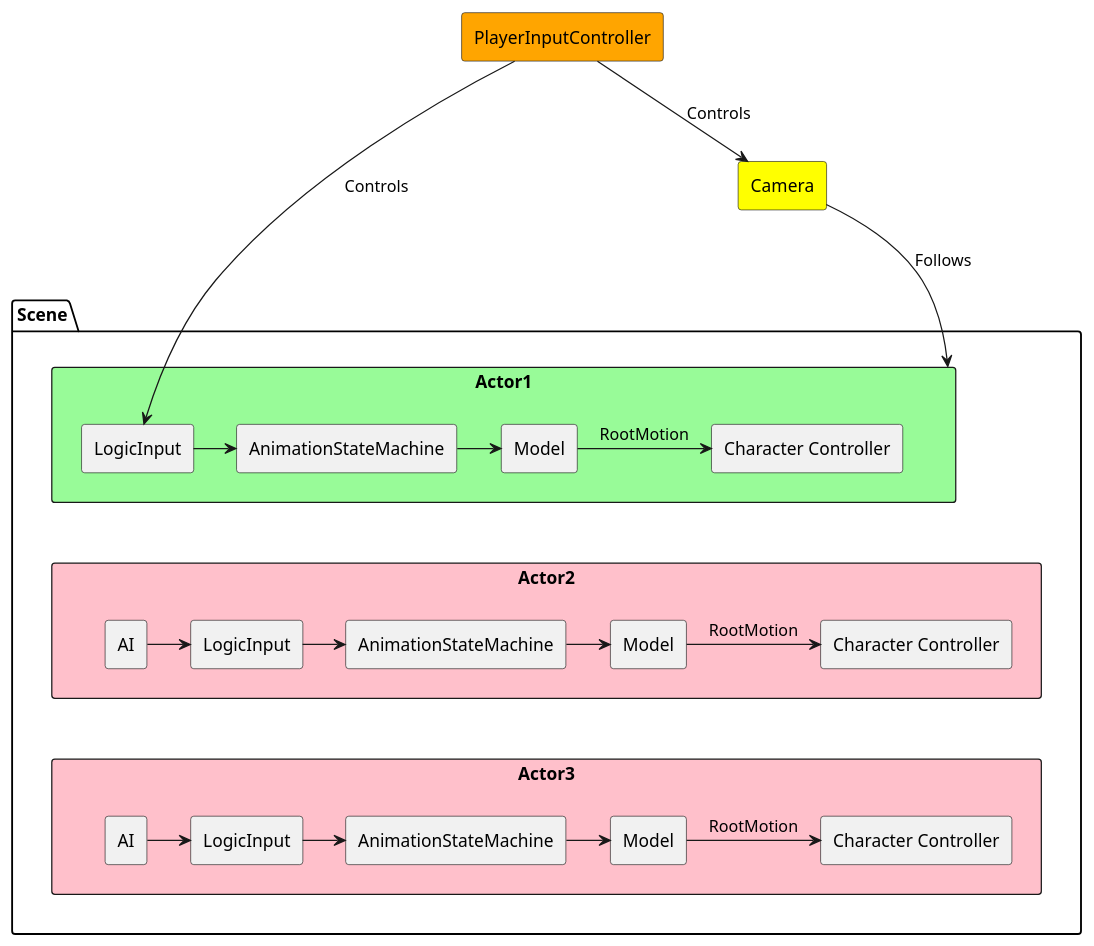
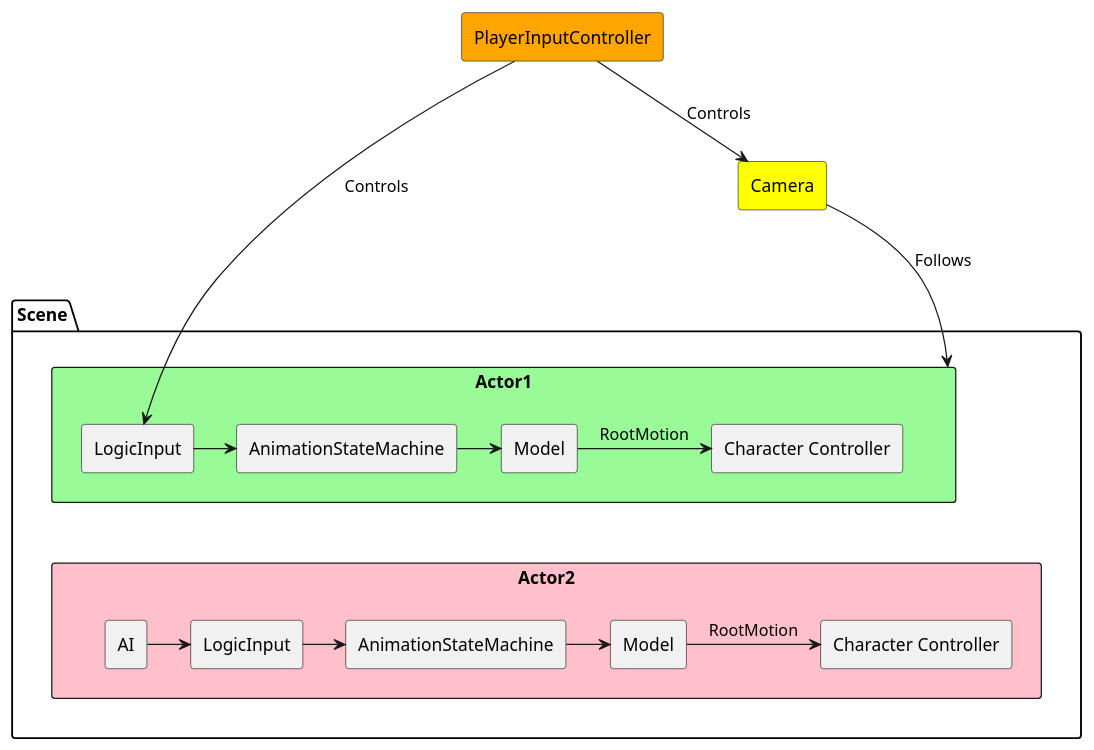
One commit to Chenxi-Zhang/Unity-ACT-framework changed the diagram in Doc/Arch.puml. Above: the diagram before and after it, drawn with PlantUML. The commit also changed 57 other files, not shown here.

```diff
--- a/Doc/Arch.puml
+++ b/Doc/Arch.puml
@@ -1,96 +1,83 @@
 @startuml Architecture Overview
 
 ' Define actor component template as a stereotype
 skinparam componentStyle rectangle
 
 rectangle "Actor Template" as ActorTemplate <<stereotype>> {
     component "LogicInput" as TemplateInput
     component "Model" as TemplateModel
     component "AnimationStateMachine" as TemplateASM
     component "Character Controller" as TemplatePhysics
     component "AI" as TemplateAI
 
     TemplateInput -> TemplateASM
     TemplateAI -> TemplateInput
 }
 
 hide ActorTemplate
 
 ' Layout hints for vertical alignment
 together {
     package "Scene" {
         rectangle "Actor1" as Actor1 #palegreen {
             component "LogicInput" as Input1
             component "Model" as Model1
             component "AnimationStateMachine" as ASM1
             component "Character Controller" as Physics1
             ' component "AI" as AI1
 
             Input1 -> ASM1
             ASM1 -> Model1
             Model1 -> Physics1 : RootMotion
             ' AI1 --> Input1
         }
 
         rectangle "Actor2" as Actor2 #pink {
             component "LogicInput" as Input2
             component "Model" as Model2
             component "AnimationStateMachine" as ASM2
             component "Character Controller" as Physics2
             component "AI" as AI2
 
             Input2 -> ASM2
             ASM2 -> Model2
             AI2 -> Input2
             Model2 -> Physics2 : RootMotion
         }
 
-        rectangle "Actor3" as Actor3 #pink {
-            component "LogicInput" as Input3
-            component "Model" as Model3
-            component "AnimationStateMachine" as ASM3
-            component "Character Controller" as Physics3
-            component "AI" as AI3
-
-            Input3 -> ASM3
-            ASM3 -> Model3
-            AI3 -> Input3
-            Model3 -> Physics3 : RootMotion
-        }
     }
 }
 
 ' Force vertical layout
 Actor1 -[hidden]-> Actor2
-Actor2 -[hidden]-> Actor3
 
 [PlayerInputController] #orange
 component "Camera" as Camera #yellow
 
 ' Relationships
 [PlayerInputController] --> Input1 : Controls
 [PlayerInputController] --> Camera : Controls
 Camera --> Actor1 : Follows
 
 ' note right of [InputManager]
 ' Handles player input
 ' from keyboard, mouse,
 ' and controllers
 ' end note
 
 ' note right of Camera
 ' Follows Actor1 position
 ' and handles screen rendering
 ' end note
 
 ' note bottom of Scene
 ' Contains all active game entities
 ' that exist in the current level
 ' end note
 
 ' note right of AI1
 ' Inactive when InputManager 
 ' controls the LogicInput
 ' end note
 
 @enduml
```
